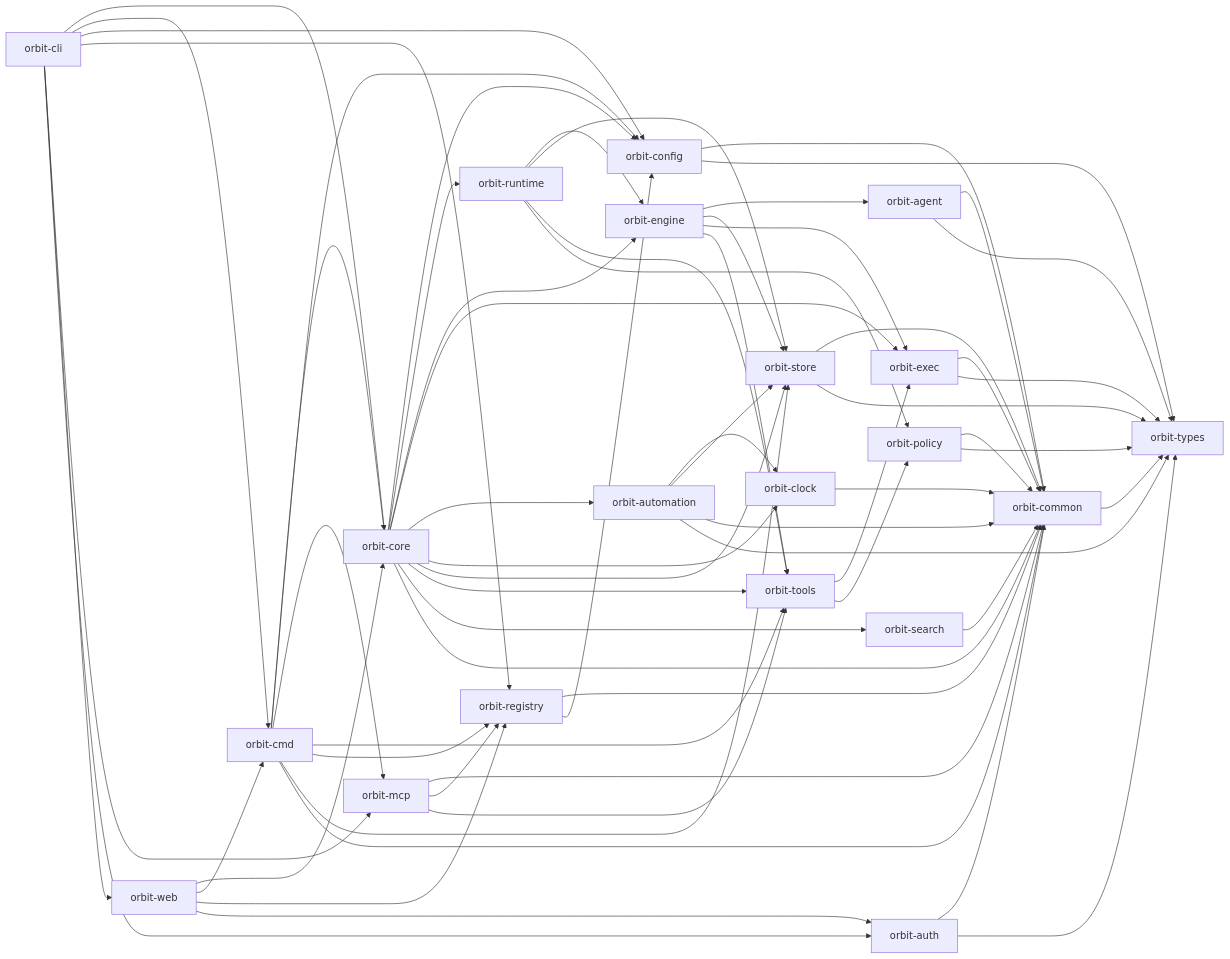
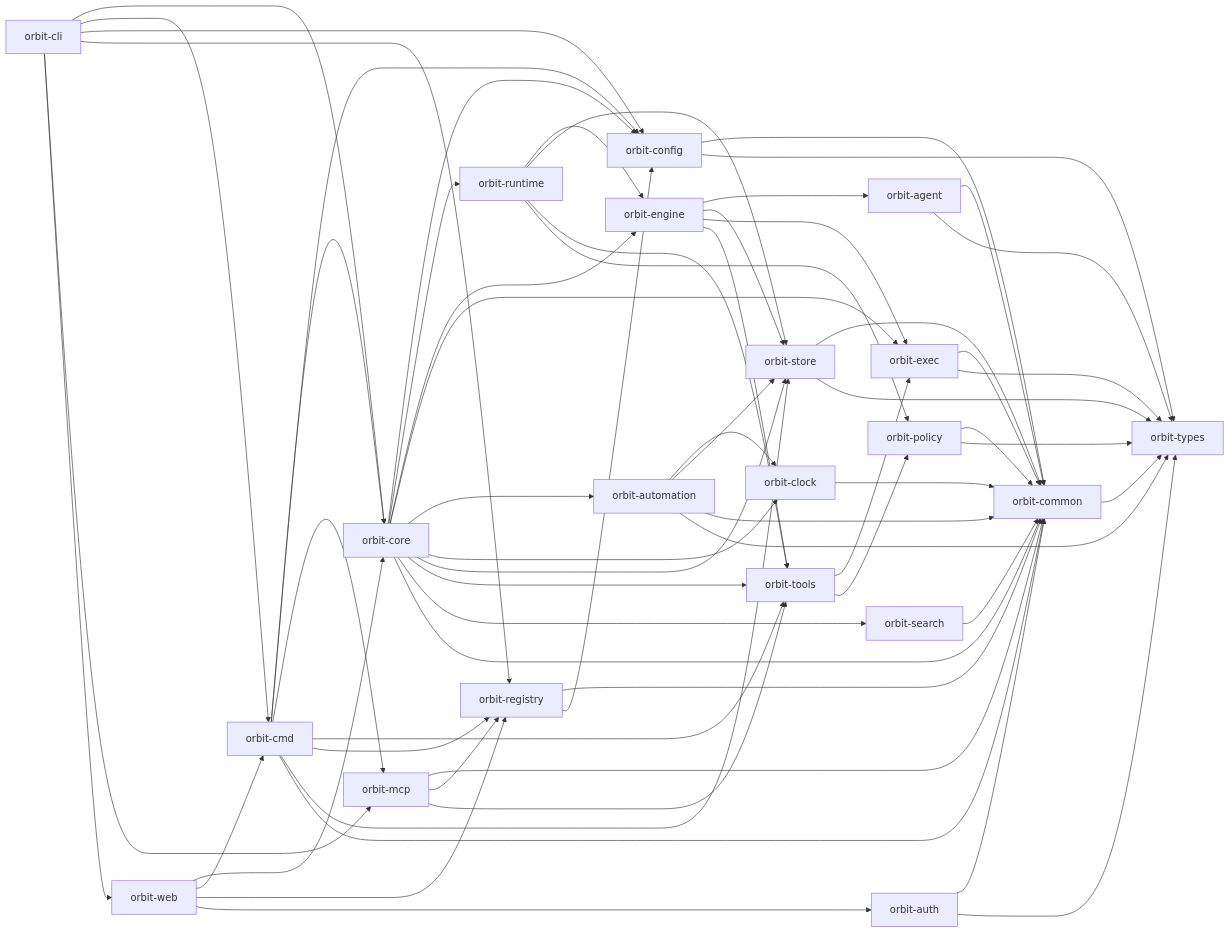
One commit to constellation-works/orbit changed the diagram in website/src/content/docs/contributing/crate-layout.md. Above: the diagram before and after it, drawn with Mermaid. The commit also changed other lines of this file, not shown here.

Commit message:
fix: Correct the website crate graph that still shows a direct CLI to a… [ORB-23446]
Correct the website crate graph that still shows a direct CLI to auth dependency

````diff
--- a/website/src/content/docs/contributing/crate-layout.md
+++ b/website/src/content/docs/contributing/crate-layout.md
@@ -35,65 +35,64 @@
 ```mermaid
 flowchart LR
   CLI["orbit-cli"] --> Core["orbit-core"]
   CLI --> Cmd["orbit-cmd"]
   CLI --> Config["orbit-config"]
   CLI --> Registry["orbit-registry"]
   CLI --> MCP["orbit-mcp"]
   CLI --> Web["orbit-web"]
-  CLI --> Auth["orbit-auth"]
   Cmd --> Core
   Cmd --> Config
   Cmd --> MCP
   Cmd --> Tools["orbit-tools"]
   Cmd --> Registry
   Cmd --> Store["orbit-store"]
   Core --> Config
   Core --> Runtime["orbit-runtime"]
   Core --> Engine["orbit-engine"]
   Core --> Exec["orbit-exec"]
   Core --> Automation["orbit-automation"]
   Core --> Clock["orbit-clock"]
   Automation --> Clock
   Clock --> Common
   Automation --> Store
   Automation --> Common["orbit-common"]
   Automation --> Types["orbit-types"]
   Core --> Store
   Core --> Tools
   Core --> Search["orbit-search"]
   Runtime --> Engine
   Runtime --> Store
   Runtime --> Tools
   Runtime --> Policy["orbit-policy"]
   Engine --> Agent["orbit-agent"]
   Engine --> Store
   Engine --> Exec
   Engine --> Tools
   Tools --> Exec
   Tools --> Policy
   Exec --> Common
   Policy --> Common
   Store --> Common
   Agent --> Common
   Agent --> Types
   Search --> Common
   MCP --> Common
   MCP --> Registry
   MCP --> Tools
   Registry --> Common
   Registry --> Config
   Web --> Core
   Web --> Cmd
   Web --> Registry
-  Web --> Auth
+  Web --> Auth["orbit-auth"]
   Cmd --> Common
   Core --> Common
   Config --> Common
   Config --> Types
   Common --> Types
   Exec --> Types
   Auth --> Common
   Auth --> Types
   Policy --> Types
   Store --> Types
 ```
````
